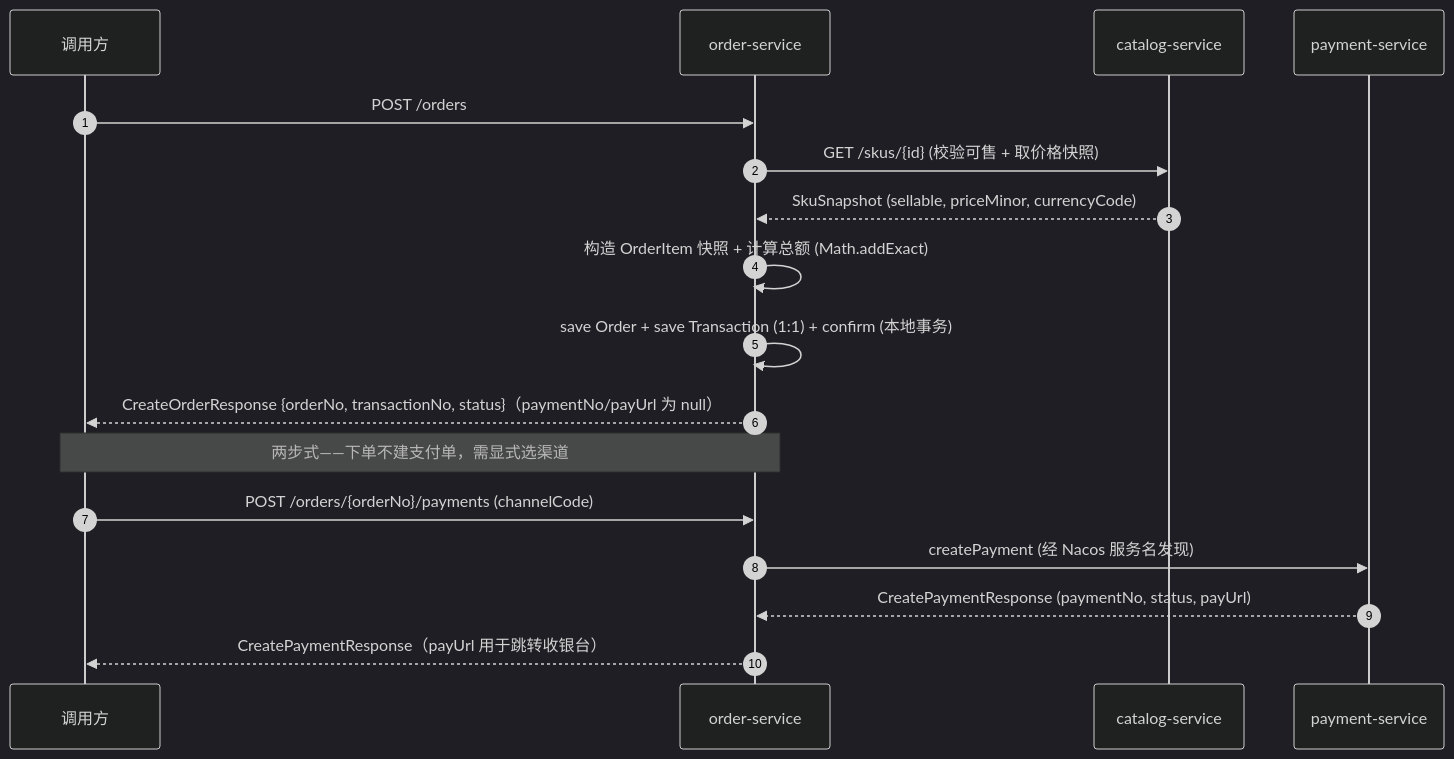
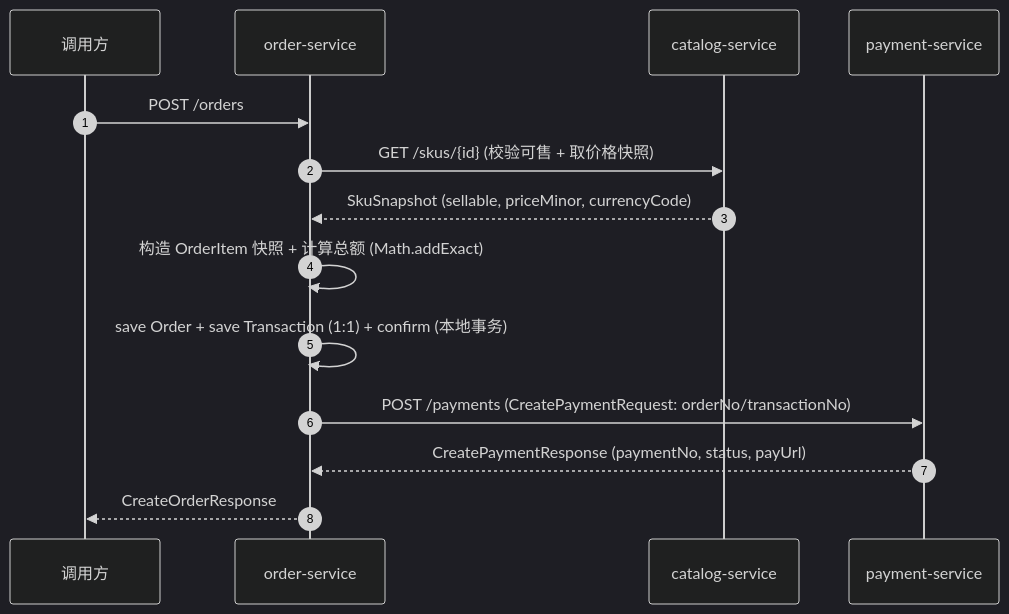
Before and after one commit to ckcky/Payment: the first of 2 diagrams in docs/architecture/systems/order-service.md, drawn with Mermaid (dark theme). The commit also changed other lines of this file and 70 other files, not shown here.

````diff
--- a/docs/architecture/systems/order-service.md
+++ b/docs/architecture/systems/order-service.md
@@ -236,19 +208,16 @@
 ```mermaid
 sequenceDiagram
     autonumber
     participant U as 调用方
     participant O as order-service
     participant Cat as catalog-service
     participant P as payment-service
     U->>O: POST /orders
     O->>Cat: GET /skus/{id} (校验可售 + 取价格快照)
     Cat-->>O: SkuSnapshot (sellable, priceMinor, currencyCode)
     O->>O: 构造 OrderItem 快照 + 计算总额 (Math.addExact)
     O->>O: save Order + save Transaction (1:1) + confirm (本地事务)
-    O-->>U: CreateOrderResponse {orderNo, transactionNo, status}（paymentNo/payUrl 为 null）
-    Note over U,O: 两步式——下单不建支付单，需显式选渠道
-    U->>O: POST /orders/{orderNo}/payments (channelCode)
-    O->>P: createPayment (经 Nacos 服务名发现)
+    O->>P: POST /payments (CreatePaymentRequest: orderNo/transactionNo)
     P-->>O: CreatePaymentResponse (paymentNo, status, payUrl)
-    O-->>U: CreatePaymentResponse（payUrl 用于跳转收银台）
+    O-->>U: CreateOrderResponse
 ```
````
